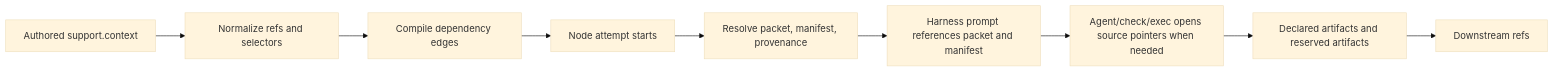
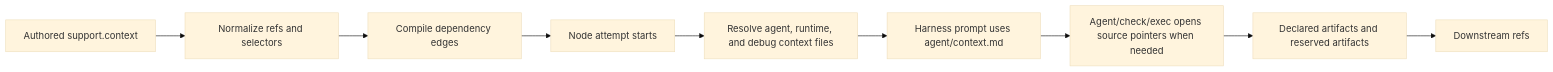
One commit to koji98/agentflow changed the first of 3 diagrams in docs/technical/context-and-artifacts.md. Above: the diagram before and after it, drawn with Mermaid (base theme). The commit also changed other lines of this file and 18 other files, not shown here.

````diff
--- a/docs/technical/context-and-artifacts.md
+++ b/docs/technical/context-and-artifacts.md
@@ -7,11 +7,11 @@
 ```mermaid
 flowchart LR
   authored["Authored support.context"] --> normalize["Normalize refs and selectors"]
   normalize --> compile["Compile dependency edges"]
   compile --> attempt["Node attempt starts"]
-  attempt --> resolve["Resolve packet, manifest, provenance"]
-  resolve --> prompt["Harness prompt references packet and manifest"]
+  attempt --> resolve["Resolve agent, runtime, and debug context files"]
+  resolve --> prompt["Harness prompt uses agent/context.md"]
   prompt --> worker["Agent/check/exec opens source pointers when needed"]
   worker --> artifacts["Declared artifacts and reserved artifacts"]
   artifacts --> downstream["Downstream refs"]
 ```
````
